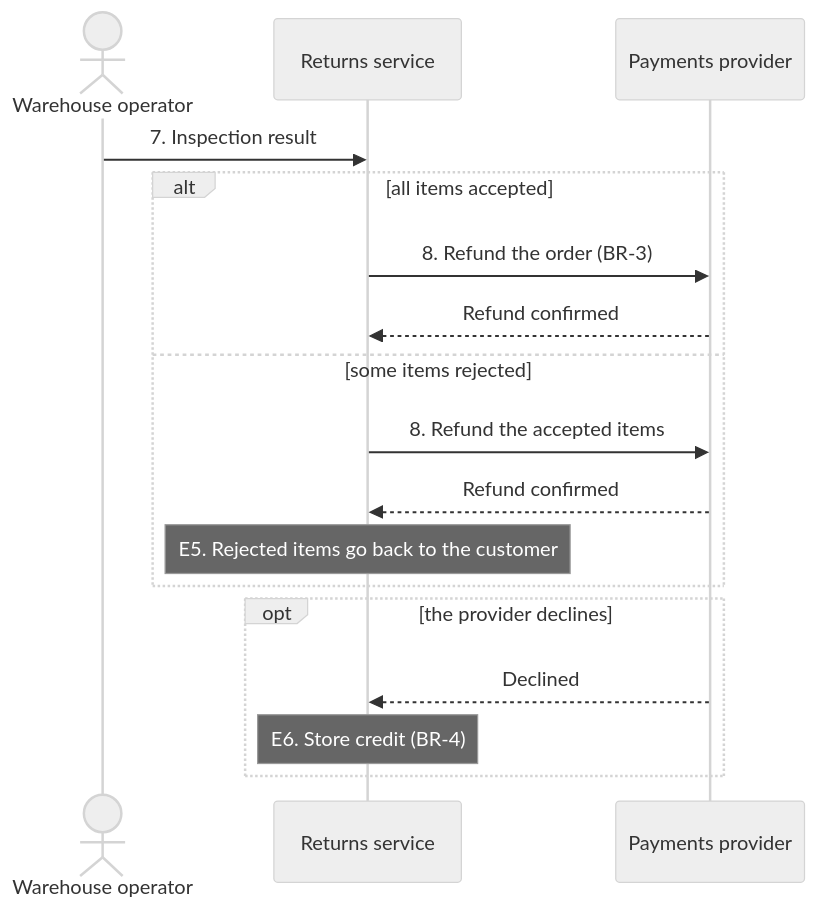
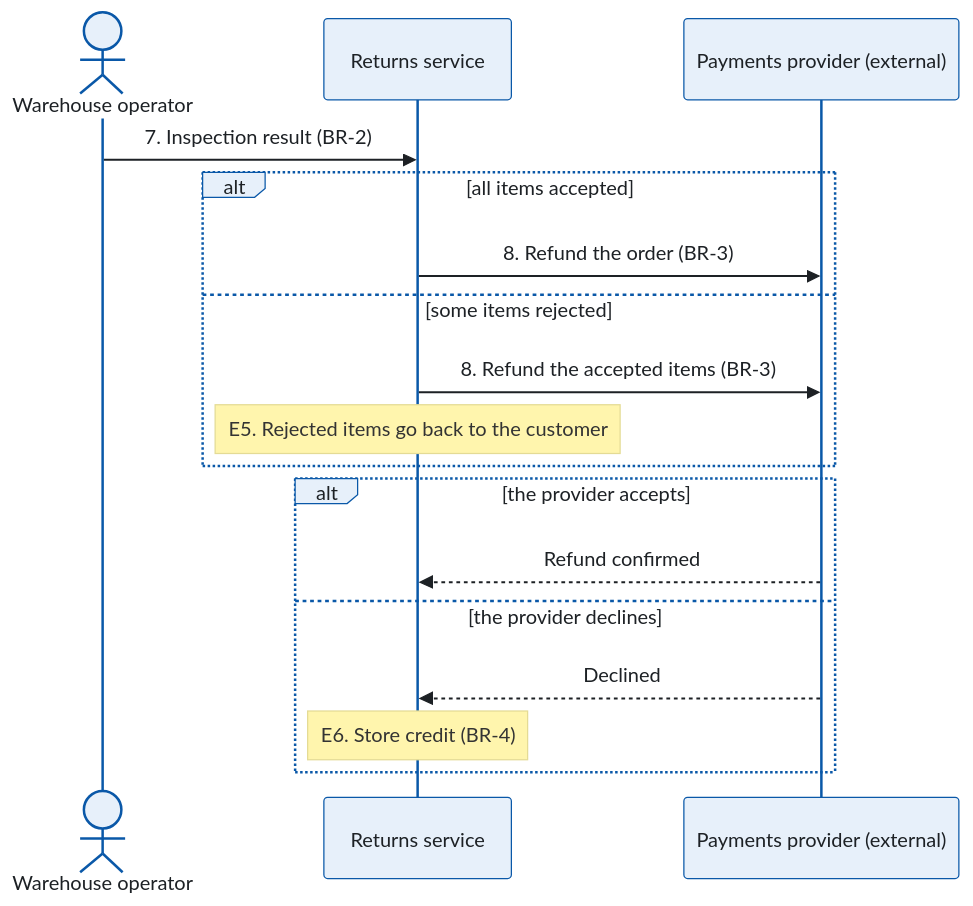
Before and after one commit to julimonte03/exo-harness: the second of 3 diagrams in content/packs/product/skills/functional-flow-designer/references/mermaid-patterns.md, drawn with Mermaid. The commit also changed other lines of this file and 9 other files, not shown here.

````diff
--- a/content/packs/product/skills/functional-flow-designer/references/mermaid-patterns.md
+++ b/content/packs/product/skills/functional-flow-designer/references/mermaid-patterns.md
@@ -60,22 +81,22 @@
 ```mermaid
-%%{init: {"theme": "neutral"}}%%
+%%{init: {"theme": "base", "themeVariables": {"fontFamily": "system-ui, -apple-system, Segoe UI, Roboto, Helvetica Neue, Arial, sans-serif", "primaryColor": "#e7f0fa", "primaryTextColor": "#1d2125", "primaryBorderColor": "#0a58a8", "lineColor": "#7d8794", "textColor": "#1d2125", "clusterBkg": "#ffffff", "clusterBorder": "#7d8794"}}}%%
 sequenceDiagram
   accTitle: Refund after inspection
   actor Op as Warehouse operator
   participant R as Returns service
-  participant P as Payments provider
+  participant P as Payments provider (external)
 
-  Op->>R: 7. Inspection result
+  Op->>R: 7. Inspection result (BR-2)
   alt all items accepted
     R->>P: 8. Refund the order (BR-3)
-    P-->>R: Refund confirmed
   else some items rejected
-    R->>P: 8. Refund the accepted items
-    P-->>R: Refund confirmed
+    R->>P: 8. Refund the accepted items (BR-3)
     Note over R: E5. Rejected items go back to the customer
   end
-  opt the provider declines
+  alt the provider accepts
+    P-->>R: Refund confirmed
+  else the provider declines
     P-->>R: Declined
     Note over R: E6. Store credit (BR-4)
   end
 ```
````
